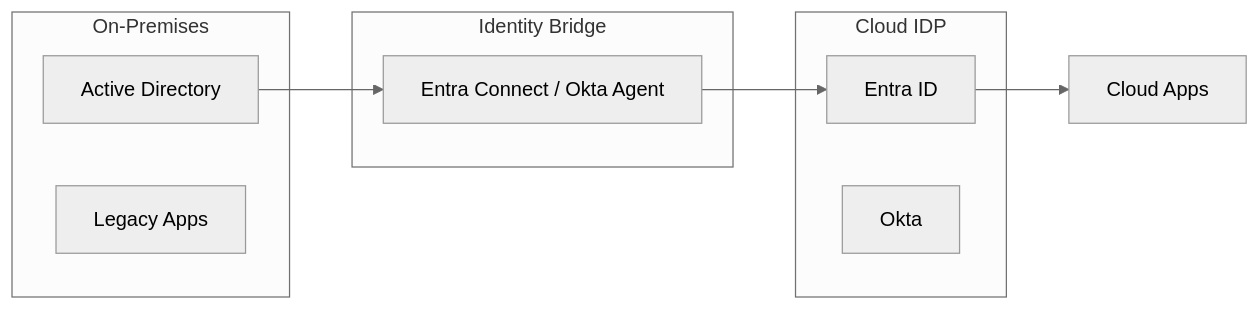
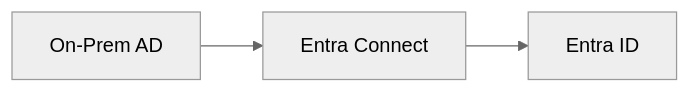
Before and after one commit to Devopstrio/identity-governance-framework: the second of 30 diagrams in README.md, drawn with Mermaid (neutral theme). The commit also changed other lines of this file, not shown here.

Commit message:
docs: expand README with 30+ architectural diagrams

````diff
--- a/README.md
+++ b/README.md
@@ -83,17 +35,5 @@
 ```mermaid
 graph LR
-    subgraph "On-Premises"
-        AD[Active Directory]
-        LDAP[Legacy Apps]
-    end
-    subgraph "Identity Bridge"
-        Connect[Entra Connect / Okta Agent]
-    end
-    subgraph "Cloud IDP"
-        Entra[Entra ID]
-        Okta[Okta]
-    end
-    AD --> Connect
-    Connect --> Entra
-    Entra --> SaaS[Cloud Apps]
+    AD[On-Prem AD] --> Connect[Entra Connect]
+    Connect --> Entra[Entra ID]
 ```
````
